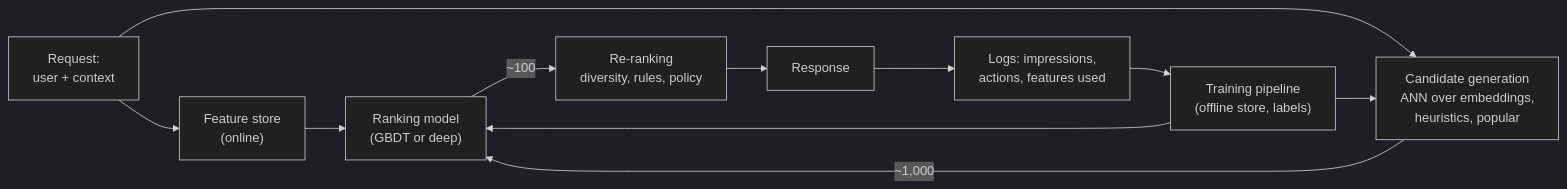
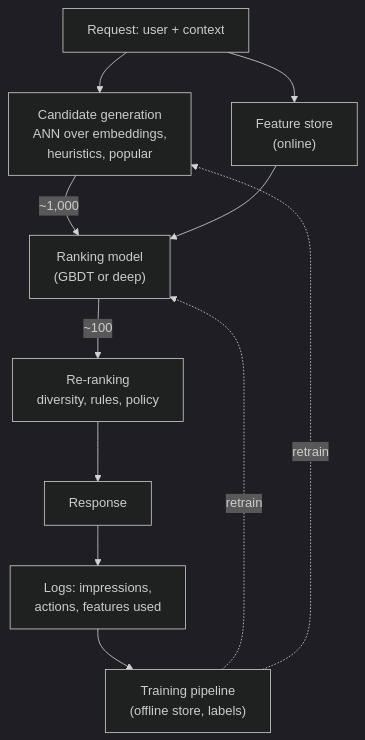
Before and after one commit to rajan-021/AI-ML: the diagram in docs/production/ml-system-design.md, drawn with Mermaid (dark theme). The commit also changed 20 other files, not shown here.

First line of the commit message:
Make diagrams readable at the content width

````diff
--- a/docs/production/ml-system-design.md
+++ b/docs/production/ml-system-design.md
@@ -37,13 +37,13 @@
 ```mermaid
-flowchart LR
-    REQ["Request:<br/>user + context"] --> FS["Feature store<br/>(online)"]
-    REQ --> CG["Candidate generation<br/>ANN over embeddings,<br/>heuristics, popular"]
+flowchart TB
+    REQ["Request: user + context"] --> CG["Candidate generation<br/>ANN over embeddings,<br/>heuristics, popular"]
+    REQ --> FS["Feature store<br/>(online)"]
     CG -->|"~1,000"| RK["Ranking model<br/>(GBDT or deep)"]
     FS --> RK
     RK -->|"~100"| RR["Re-ranking<br/>diversity, rules, policy"]
     RR --> OUT["Response"]
     OUT --> LOG["Logs: impressions,<br/>actions, features used"]
     LOG --> TR["Training pipeline<br/>(offline store, labels)"]
-    TR --> RK
-    TR --> CG
+    TR -.->|"retrain"| RK
+    TR -.->|"retrain"| CG
 ```
````
